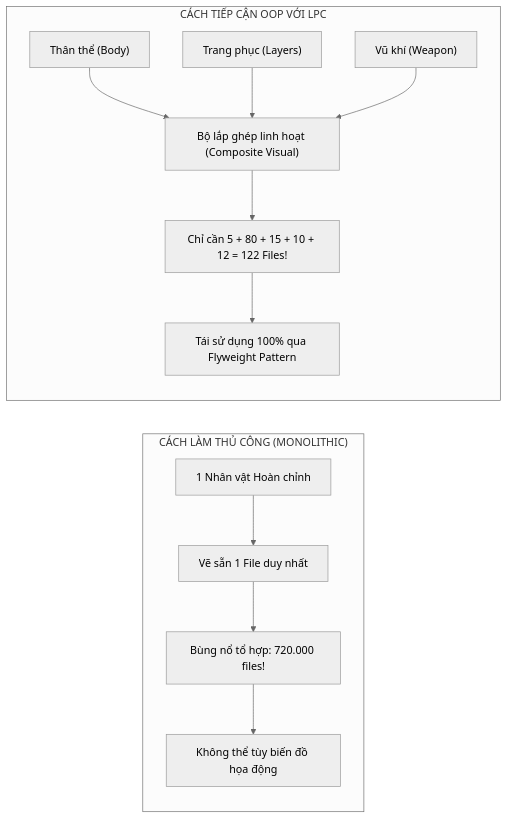
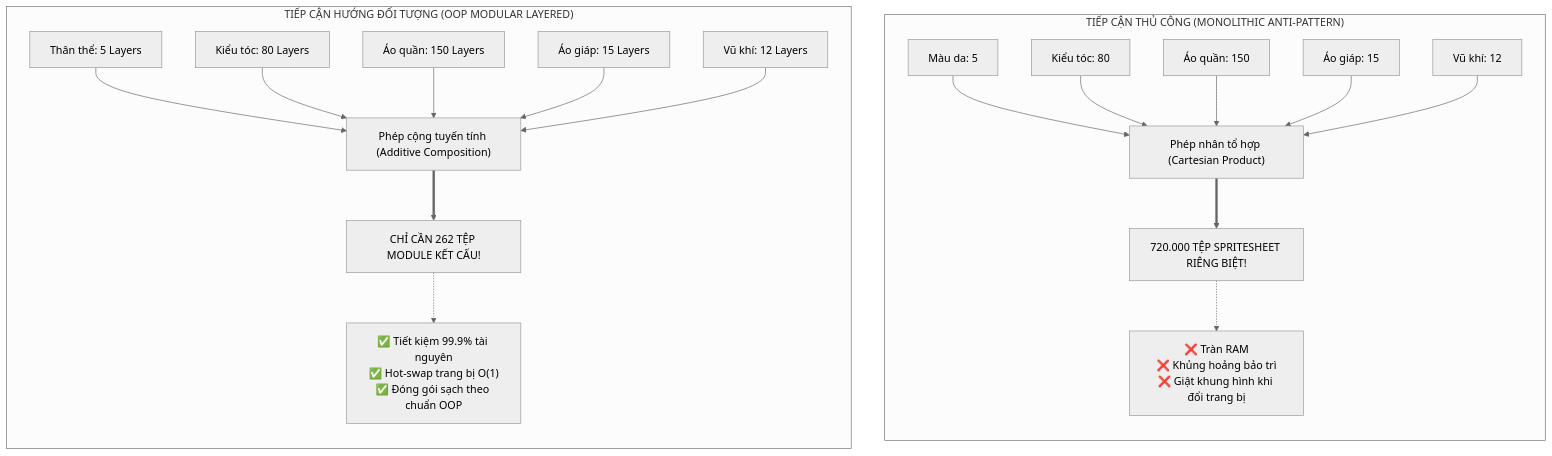
Before and after one commit to Tran1209/UML-Patterns-Mastery: the first of 6 diagrams in Docs_BaoCao/BaoCao_ThietKe_NhanVat_OOP_LPC.md, drawn with Mermaid (neutral theme). The commit also changed other lines of this file, not shown here.

Commit message:
docs(report): polish OOP LPC character design report, add SOLID/GRASP audit matrix, and remove Q&A section

````diff
--- a/Docs_BaoCao/BaoCao_ThietKe_NhanVat_OOP_LPC.md
+++ b/Docs_BaoCao/BaoCao_ThietKe_NhanVat_OOP_LPC.md
@@ -53,16 +81,24 @@
 ```mermaid
-flowchart LR
-    subgraph NAIVE["CÁCH LÀM THỦ CÔNG (MONOLITHIC)"]
-        A["1 Nhân vật Hoàn chỉnh"] --> B["Vẽ sẵn 1 File duy nhất"]
-        B --> C["Bùng nổ tổ hợp: 720.000 files!"]
-        C --> D["Không thể tùy biến đồ họa động"]
+flowchart TD
+    subgraph MONOLITHIC["TIẾP CẬN THỦ CÔNG (MONOLITHIC ANTI-PATTERN)"]
+        direction TB
+        M1["Màu da: 5"] --> M_ALL["Phép nhân tổ hợp (Cartesian Product)"]
+        M2["Kiểu tóc: 80"] --> M_ALL
+        M3["Áo quần: 150"] --> M_ALL
+        M4["Áo giáp: 15"] --> M_ALL
+        M5["Vũ khí: 12"] --> M_ALL
+        M_ALL ==> M_RES["720.000 TỆP SPRITESHEET RIÊNG BIỆT!"]
+        M_RES -.-> M_FAIL["❌ Tràn RAM<br/>❌ Khủng hoảng bảo trì<br/>❌ Giật khung hình khi đổi trang bị"]
     end
 
-    subgraph OOP_APPROACH["CÁCH TIẾP CẬN OOP VỚI LPC"]
-        E["Thân thể (Body)"] --> H["Bộ lắp ghép linh hoạt (Composite Visual)"]
-        F["Trang phục (Layers)"] --> H
-        G["Vũ khí (Weapon)"] --> H
-        H --> I["Chỉ cần 5 + 80 + 15 + 10 + 12 = 122 Files!"]
-        I --> J["Tái sử dụng 100% qua Flyweight Pattern"]
+    subgraph MODULAR_OOP["TIẾP CẬN HƯỚNG ĐỐI TƯỢNG (OOP MODULAR LAYERED)"]
+        direction TB
+        O1["Thân thể: 5 Layers"] --> O_SUM["Phép cộng tuyến tính (Additive Composition)"]
+        O2["Kiểu tóc: 80 Layers"] --> O_SUM
+        O3["Áo quần: 150 Layers"] --> O_SUM
+        O4["Áo giáp: 15 Layers"] --> O_SUM
+        O5["Vũ khí: 12 Layers"] --> O_SUM
+        O_SUM ==> O_RES["CHỈ CẦN 262 TỆP MODULE KẾT CẤU!"]
+        O_RES -.-> O_WIN["✅ Tiết kiệm 99.9% tài nguyên<br/>✅ Hot-swap trang bị O(1)<br/>✅ Đóng gói sạch theo chuẩn OOP"]
     end
 ```
````
